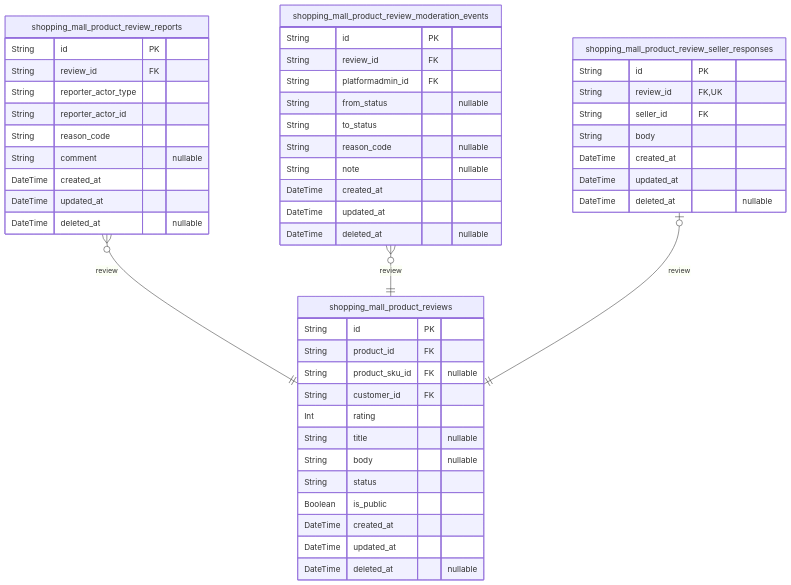
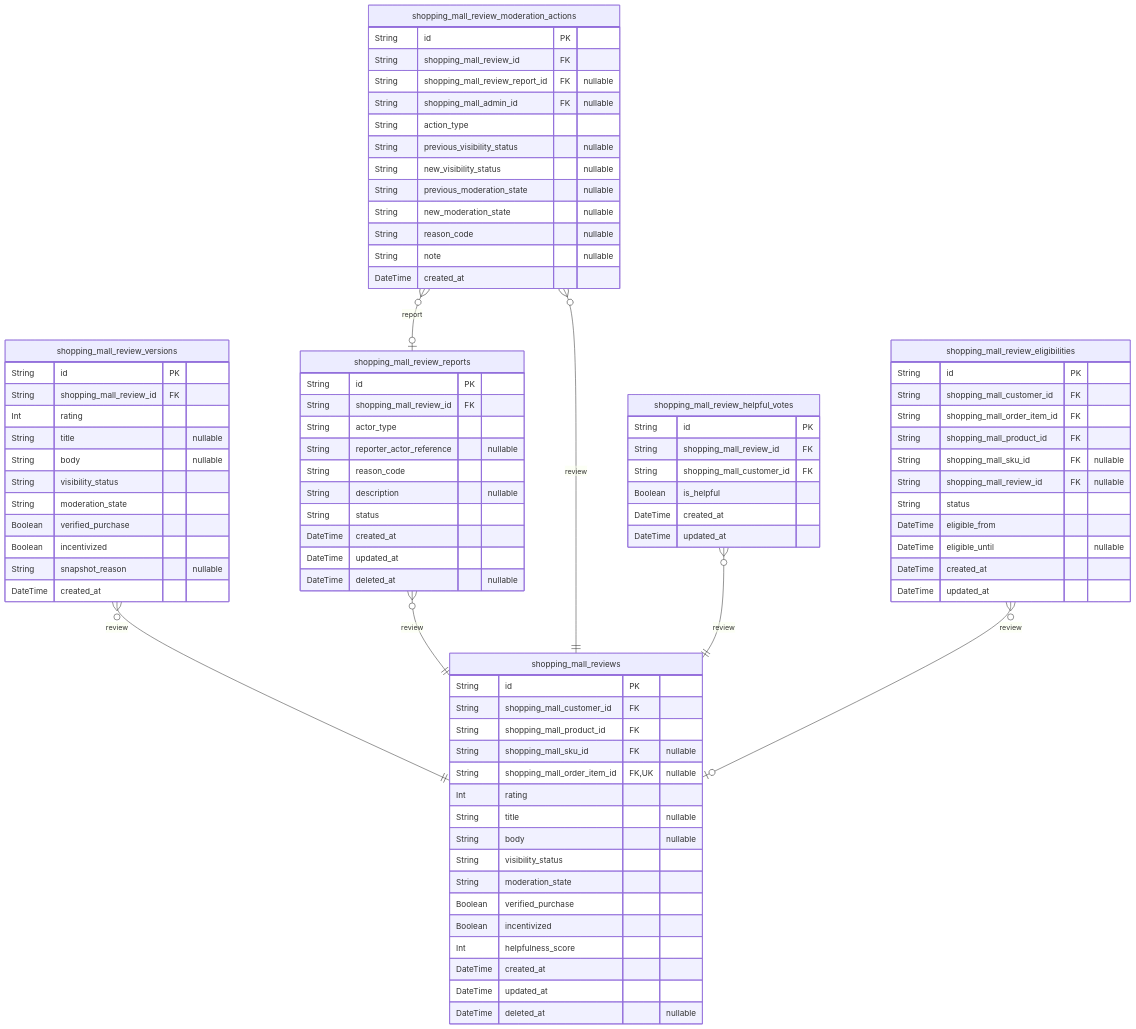
One commit to wrtnlabs/autobe-examples changed the eighth of 12 diagrams in openai/gpt-5.1/shopping/docs/ERD.md. Above: the diagram before and after it, drawn with Mermaid. The commit also changed other lines of this file and 8017 other files, not shown here.

````diff
--- a/openai/gpt-5.1/shopping/docs/ERD.md
+++ b/openai/gpt-5.1/shopping/docs/ERD.md
@@ -4128,52 +4793,87 @@
 ```mermaid
 erDiagram
-"shopping_mall_product_reviews" {
+"shopping_mall_reviews" {
   String id PK
-  String product_id FK
-  String product_sku_id FK "nullable"
-  String customer_id FK
+  String shopping_mall_customer_id FK
+  String shopping_mall_product_id FK
+  String shopping_mall_sku_id FK "nullable"
+  String shopping_mall_order_item_id FK,UK "nullable"
   Int rating
   String title "nullable"
   String body "nullable"
-  String status
-  Boolean is_public
+  String visibility_status
+  String moderation_state
+  Boolean verified_purchase
+  Boolean incentivized
+  Int helpfulness_score
   DateTime created_at
   DateTime updated_at
   DateTime deleted_at "nullable"
 }
-"shopping_mall_product_review_reports" {
+"shopping_mall_review_versions" {
   String id PK
-  String review_id FK
-  String reporter_actor_type
-  String reporter_actor_id
+  String shopping_mall_review_id FK
+  Int rating
+  String title "nullable"
+  String body "nullable"
+  String visibility_status
+  String moderation_state
+  Boolean verified_purchase
+  Boolean incentivized
+  String snapshot_reason "nullable"
+  DateTime created_at
+}
+"shopping_mall_review_reports" {
+  String id PK
+  String shopping_mall_review_id FK
+  String actor_type
+  String reporter_actor_reference "nullable"
   String reason_code
-  String comment "nullable"
+  String description "nullable"
+  String status
   DateTime created_at
   DateTime updated_at
   DateTime deleted_at "nullable"
 }
-"shopping_mall_product_review_moderation_events" {
+"shopping_mall_review_moderation_actions" {
   String id PK
-  String review_id FK
-  String platformadmin_id FK
-  String from_status "nullable"
-  String to_status
+  String shopping_mall_review_id FK
+  String shopping_mall_review_report_id FK "nullable"
+  String shopping_mall_admin_id FK "nullable"
+  String action_type
+  String previous_visibility_status "nullable"
+  String new_visibility_status "nullable"
+  String previous_moderation_state "nullable"
+  String new_moderation_state "nullable"
   String reason_code "nullable"
   String note "nullable"
   DateTime created_at
-  DateTime updated_at
-  DateTime deleted_at "nullable"
 }
-"shopping_mall_product_review_seller_responses" {
+"shopping_mall_review_helpful_votes" {
   String id PK
-  String review_id FK,UK
-  String seller_id FK
-  String body
+  String shopping_mall_review_id FK
+  String shopping_mall_customer_id FK
+  Boolean is_helpful
   DateTime created_at
   DateTime updated_at
-  DateTime deleted_at "nullable"
 }
-"shopping_mall_product_review_reports" }o--|| "shopping_mall_product_reviews" : review
-"shopping_mall_product_review_moderation_events" }o--|| "shopping_mall_product_reviews" : review
-"shopping_mall_product_review_seller_responses" |o--|| "shopping_mall_product_reviews" : review
+"shopping_mall_review_eligibilities" {
+  String id PK
+  String shopping_mall_customer_id FK
+  String shopping_mall_order_item_id FK
+  String shopping_mall_product_id FK
+  String shopping_mall_sku_id FK "nullable"
+  String shopping_mall_review_id FK "nullable"
+  String status
+  DateTime eligible_from
+  DateTime eligible_until "nullable"
+  DateTime created_at
+  DateTime updated_at
+}
+"shopping_mall_review_versions" }o--|| "shopping_mall_reviews" : review
+"shopping_mall_review_reports" }o--|| "shopping_mall_reviews" : review
+"shopping_mall_review_moderation_actions" }o--|| "shopping_mall_reviews" : review
+"shopping_mall_review_moderation_actions" }o--o| "shopping_mall_review_reports" : report
+"shopping_mall_review_helpful_votes" }o--|| "shopping_mall_reviews" : review
+"shopping_mall_review_eligibilities" }o--o| "shopping_mall_reviews" : review
 ```
````
